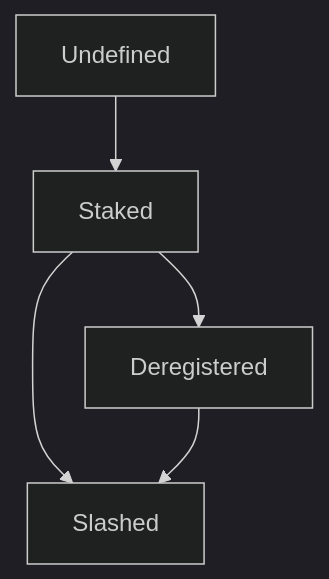
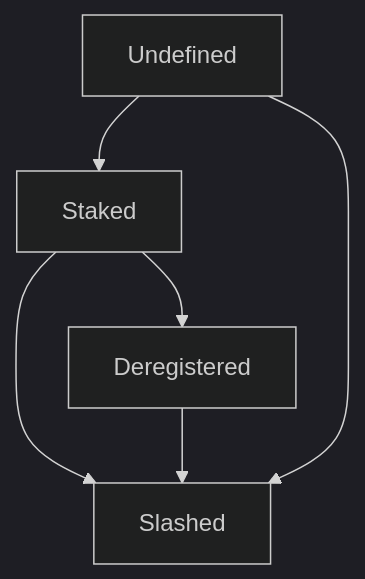
One commit to mosaicdao/mosaic-pm changed the diagram in specification-discussions/20200108-coreputation.md. Above: the diagram before and after it, drawn with Mermaid (dark theme). The commit also changed other lines of this file, not shown here.

````diff
--- a/specification-discussions/20200108-coreputation.md
+++ b/specification-discussions/20200108-coreputation.md
@@ -46,7 +51,8 @@
-```mermaid
+```mermaid 
 graph TD;
     Undefined-->Staked;
     Staked-->Deregistered;
     Staked-->Slashed;
     Deregistered-->Slashed;
+    Undefined-->Slashed;
 ```
````
